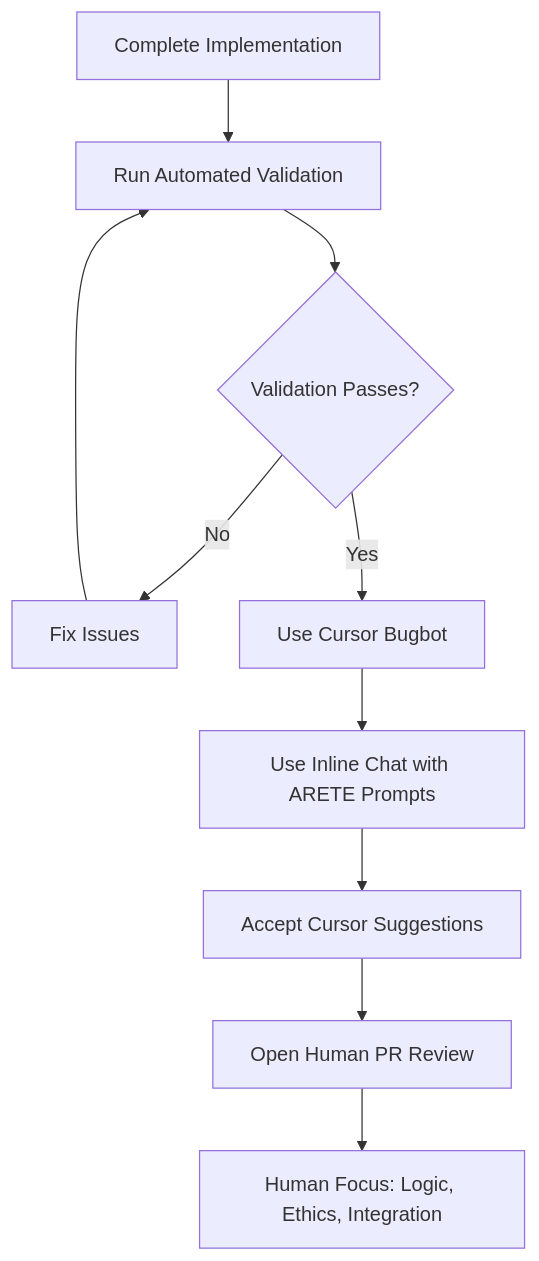
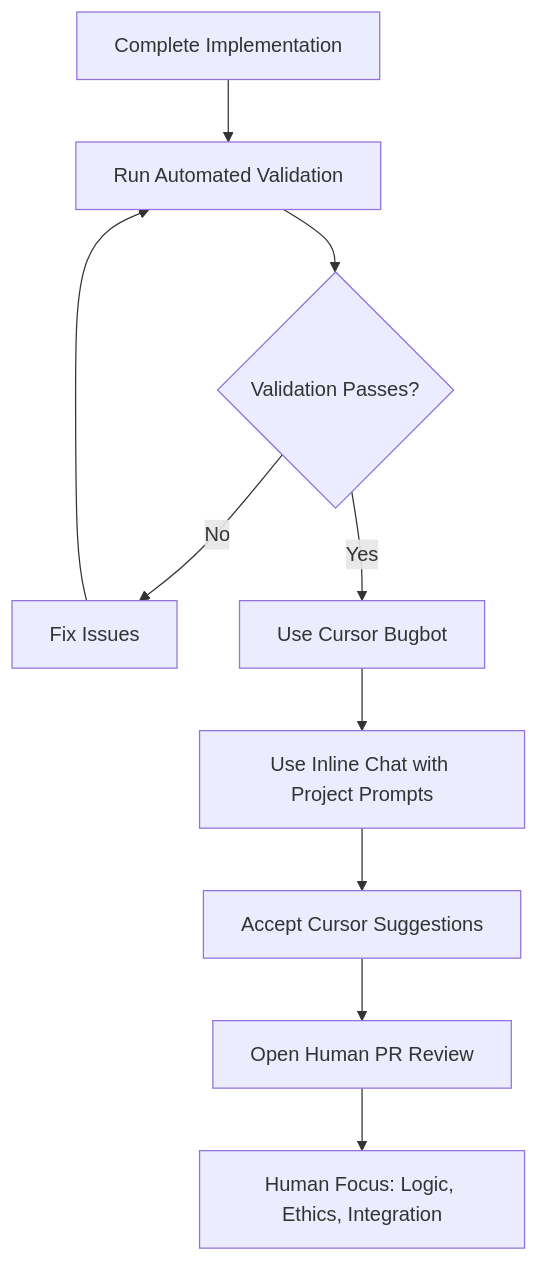
Before and after one commit to arete-org/arete: the diagram in docs/ai/cursor-pre-review-workflow.md, drawn with Mermaid. The commit also changed other lines of this file and 18 other files, not shown here.

````diff
--- a/docs/ai/cursor-pre-review-workflow.md
+++ b/docs/ai/cursor-pre-review-workflow.md
@@ -16,12 +16,12 @@
 ```mermaid
 graph TD
     A[Complete Implementation] --> B[Run Automated Validation]
     B --> C{Validation Passes?}
     C -->|No| D[Fix Issues]
     D --> B
     C -->|Yes| E[Use Cursor Bugbot]
-    E --> F[Use Inline Chat with ARETE Prompts]
+    E --> F[Use Inline Chat with Project Prompts]
     F --> G[Accept Cursor Suggestions]
     G --> H[Open Human PR Review]
     H --> I[Human Focus: Logic, Ethics, Integration]
 ```
````
